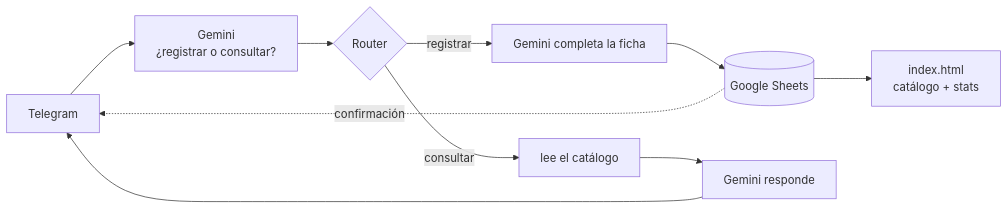
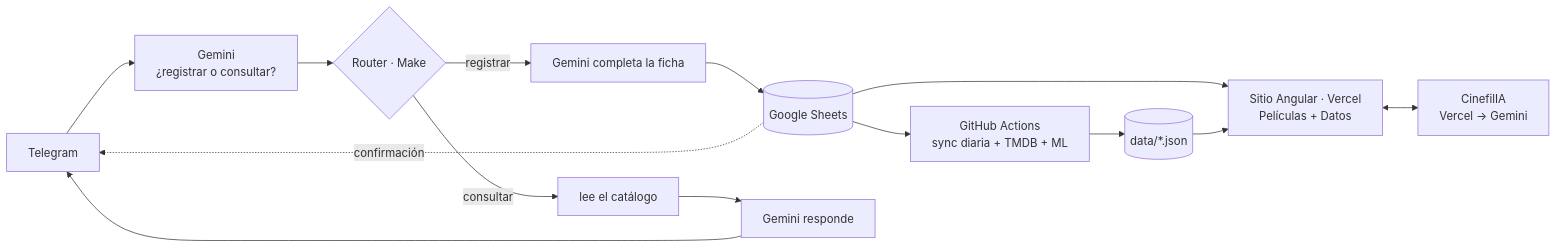
One commit to Arturogrottoli/IA-Automation-Movies changed the diagram in README.md. Above: the diagram before and after it, drawn with Mermaid. The commit also changed other lines of this file and 6 other files, not shown here.

````diff
--- a/README.md
+++ b/README.md
@@ -391,9 +399,12 @@
 ```mermaid
 flowchart LR
     T[Telegram] --> G1[Gemini<br/>¿registrar o consultar?]
-    G1 --> R{Router}
+    G1 --> R{Router · Make}
     R -->|registrar| G2[Gemini completa la ficha] --> S[(Google Sheets)]
     R -->|consultar| H[lee el catálogo] --> G3[Gemini responde] --> T
-    S --> W[index.html<br/>catálogo + stats]
     S -.->|confirmación| T
+    S --> GH[GitHub Actions<br/>sync diaria + TMDB + ML] --> D[(data/*.json)]
+    S --> W[Sitio Angular · Vercel<br/>Películas + Datos]
+    D --> W
+    W <--> C[CinefilIA<br/>Vercel → Gemini]
 ```
````
